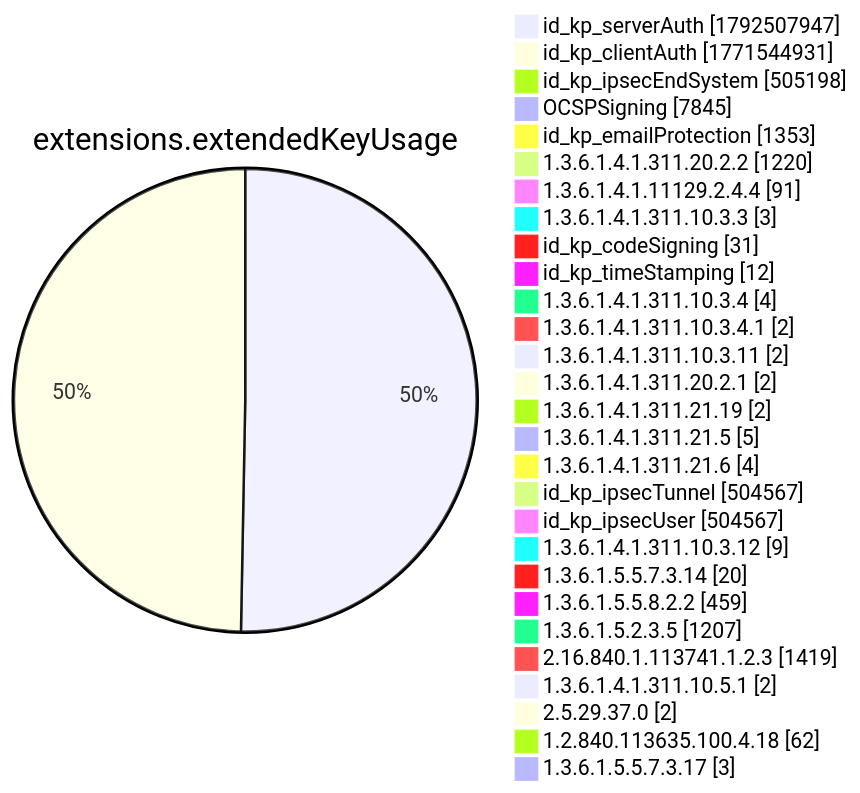
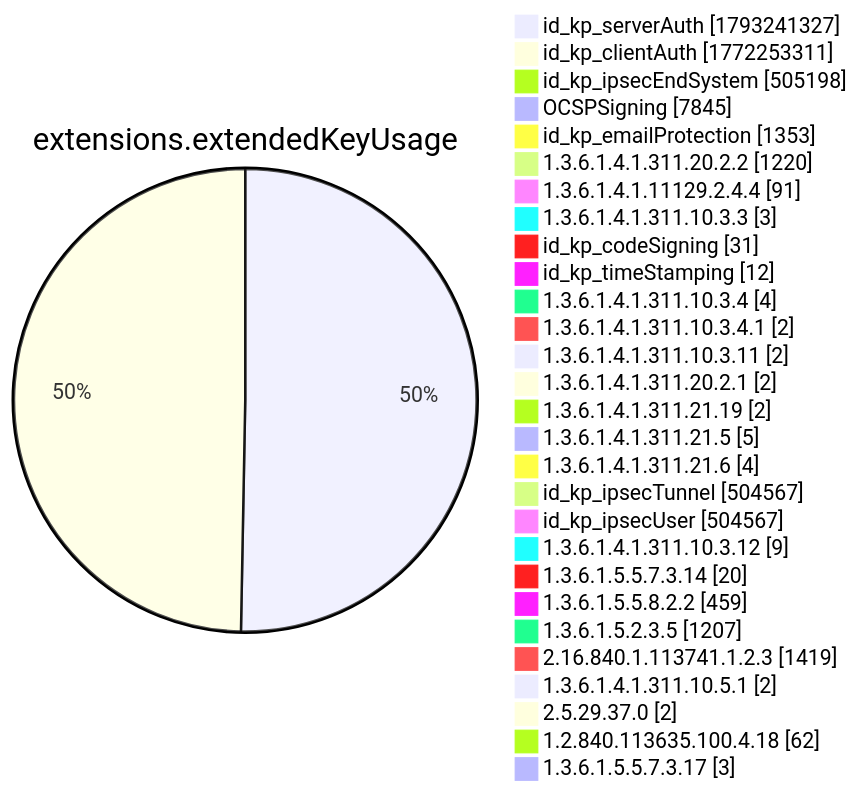
Diagram 12 of 15 in xenon2022/README.md (christiankrug/ctmonitor_visualization), drawn with Mermaid before and after one commit. The commit also changed other lines of this file, not shown here.

````diff
--- a/xenon2022/README.md
+++ b/xenon2022/README.md
@@ -3895,32 +3895,32 @@
 ```mermaid
 pie showData
 title extensions.extendedKeyUsage
-"id_kp_serverAuth" :1792507947
-"id_kp_clientAuth" :1771544931
+"id_kp_serverAuth" :1793241327
+"id_kp_clientAuth" :1772253311
 "id_kp_ipsecEndSystem" :505198
 "OCSPSigning" :7845
 "id_kp_emailProtection" :1353
 "1.3.6.1.4.1.311.20.2.2" :1220
 "1.3.6.1.4.1.11129.2.4.4" :91
 "1.3.6.1.4.1.311.10.3.3" :3
 "id_kp_codeSigning" :31
 "id_kp_timeStamping" :12
 "1.3.6.1.4.1.311.10.3.4" :4
 "1.3.6.1.4.1.311.10.3.4.1" :2
 "1.3.6.1.4.1.311.10.3.11" :2
 "1.3.6.1.4.1.311.20.2.1" :2
 "1.3.6.1.4.1.311.21.19" :2
 "1.3.6.1.4.1.311.21.5" :5
 "1.3.6.1.4.1.311.21.6" :4
 "id_kp_ipsecTunnel" :504567
 "id_kp_ipsecUser" :504567
 "1.3.6.1.4.1.311.10.3.12" :9
 "1.3.6.1.5.5.7.3.14" :20
 "1.3.6.1.5.5.8.2.2" :459
 "1.3.6.1.5.2.3.5" :1207
 "2.16.840.1.113741.1.2.3" :1419
 "1.3.6.1.4.1.311.10.5.1" :2
 "2.5.29.37.0" :2
 "1.2.840.113635.100.4.18" :62
 "1.3.6.1.5.5.7.3.17" :3
 ```
````
